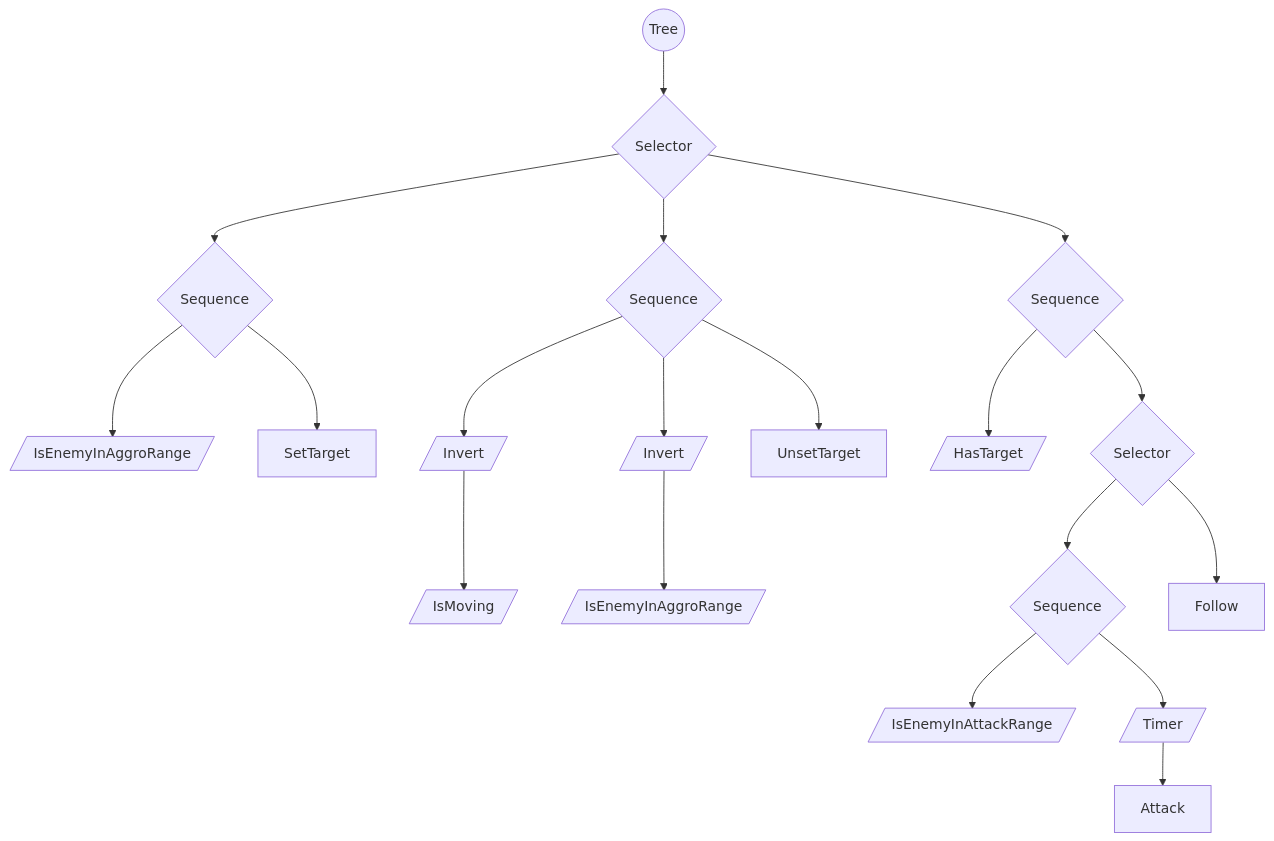
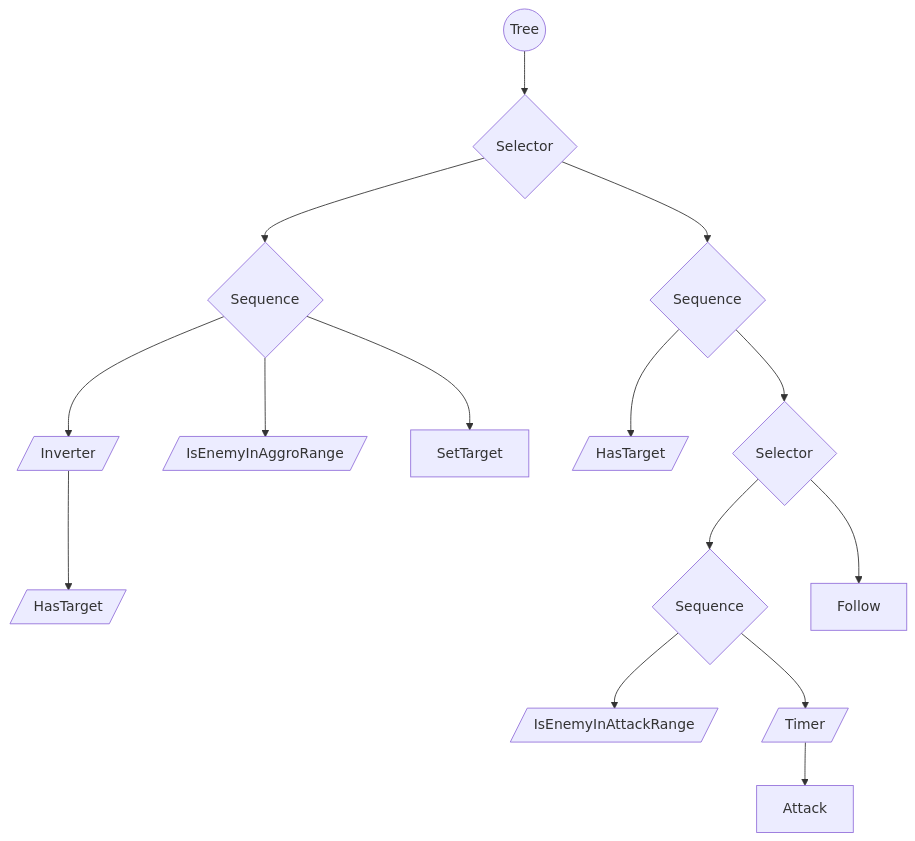
The second of 2 diagrams in BEHAVIOURTREES.md (stevensnoeijen/DraculaReignOfTerrorRemake), drawn with Mermaid before and after one commit. The commit also changed 1 other file, not shown here.

Commit message:
refactor: remove unneeded sequence is behavior tree

````diff
--- a/BEHAVIOURTREES.md
+++ b/BEHAVIOURTREES.md
@@ -15,42 +15,34 @@
 ```mermaid
 flowchart TD
 Tree((Tree))
   Selector1{Selector}
     Sequence1{Sequence}
+      Inverter1[/Inverter/]
+        HasTarget1[/HasTarget/]
       IsEnemyInAggroRange1[/IsEnemyInAggroRange/]
       SetTarget[SetTarget]
-    Sequence2{Sequence}
-      Inverter1[/Invert/]
-        IsMoving[/IsMoving/]
-      Inverter2[/Invert/]
-        IsEnemyInFovRange2[/IsEnemyInAggroRange/]
-      UnsetTarget[UnsetTarget]
     Sequence3{Sequence}
-      HasTarget[/HasTarget/]
+      HasTarget2[/HasTarget/]
       Selector2{Selector}
         Sequence4{Sequence}
         IsEnemyInAttackRange[/IsEnemyInAttackRange/]
         Timer[/Timer/]
           Attack[Attack]
         Follow[Follow]
 
 Tree --> Selector1
   Selector1 --> Sequence1
+    Sequence1 --> Inverter1
+    Inverter1 --> HasTarget1
     Sequence1 --> IsEnemyInAggroRange1
     Sequence1 --> SetTarget
-  Selector1 --> Sequence2
-    Sequence2 --> Inverter1
-    Inverter1 --> IsMoving
-    Sequence2 --> Inverter2
-      Inverter2 --> IsEnemyInFovRange2
-    Sequence2 --> UnsetTarget
   Selector1 --> Sequence3
-    Sequence3 --> HasTarget
+    Sequence3 --> HasTarget2
     Sequence3 --> Selector2
       Selector2 --> Sequence4
         Sequence4 --> IsEnemyInAttackRange
         Sequence4 --> Timer
           Timer --> Attack
       Selector2 --> Follow
  
 ```
````
